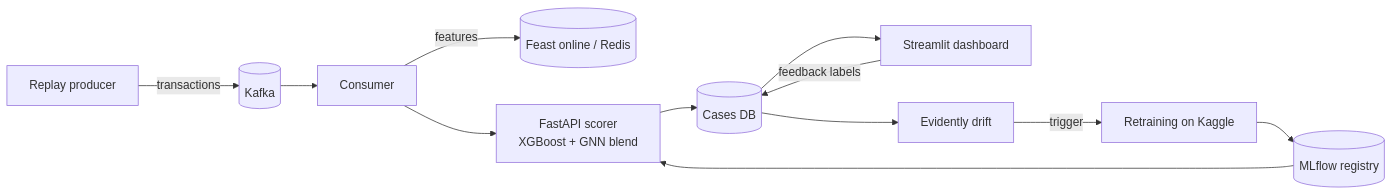
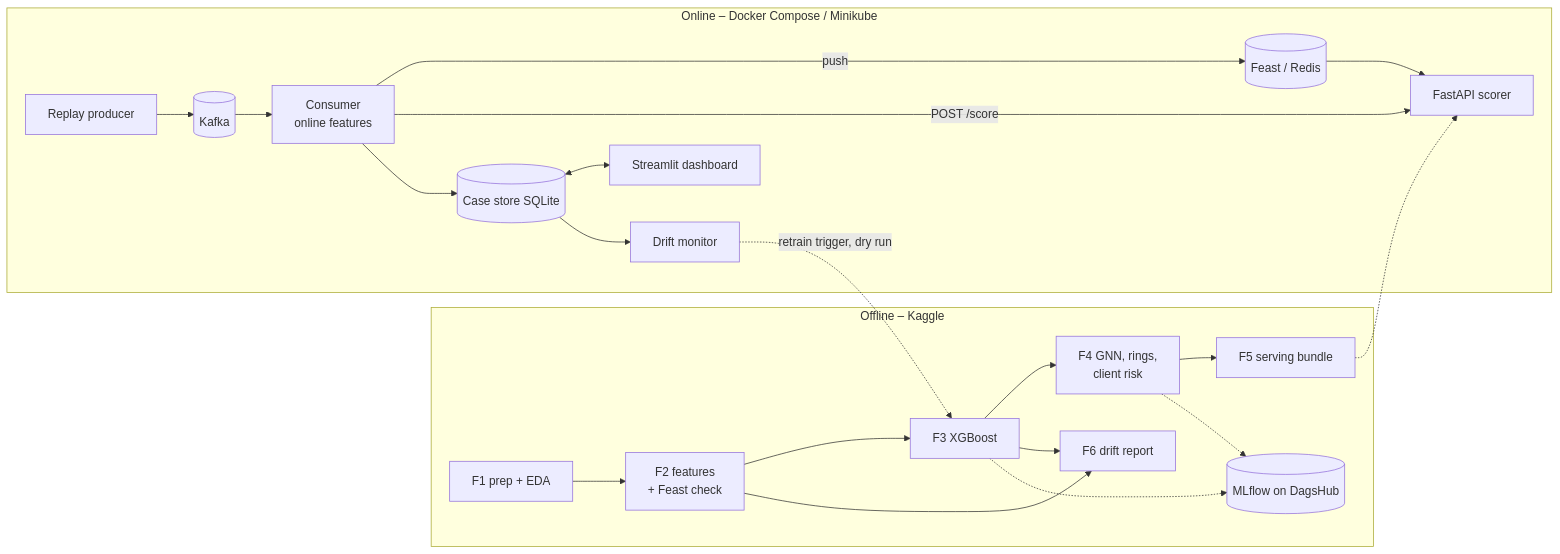
One commit to Outsideorbit29/aiml04-perception changed the diagram in README.md. Above: the diagram before and after it, drawn with Mermaid. The commit also changed other lines of this file, not shown here.

Commit message:
Rewrite README with results, architecture, setup and run steps

````diff
--- a/README.md
+++ b/README.md
@@ -12,12 +65,21 @@
 ```mermaid
 flowchart LR
-  R[Replay producer] -->|transactions| K[(Kafka)]
-  K --> C[Consumer]
-  C -->|features| F[(Feast online / Redis)]
-  C --> S[FastAPI scorer<br/>XGBoost + GNN blend]
-  S --> DB[(Cases DB)]
-  DB --> D[Streamlit dashboard]
-  D -->|feedback labels| DB
-  DB --> E[Evidently drift] -->|trigger| T[Retraining on Kaggle]
-  T --> M[(MLflow registry)] --> S
+  subgraph OFF["Offline – Kaggle"]
+    P[F1 prep + EDA] --> F[F2 features<br/>+ Feast check] --> T[F3 XGBoost] --> G[F4 GNN, rings,<br/>client risk] --> B[F5 serving bundle]
+    F --> DR[F6 drift report]
+    T --> DR
+    T -.-> ML[(MLflow on DagsHub)]
+    G -.-> ML
+  end
+  subgraph ON["Online – Docker Compose / Minikube"]
+    PR[Replay producer] --> K[(Kafka)] --> C[Consumer<br/>online features]
+    C -->|push| R[(Feast / Redis)]
+    C -->|POST /score| S[FastAPI scorer]
+    R --> S
+    C --> DB[(Case store SQLite)]
+    DB <--> D[Streamlit dashboard]
+    DB --> M[Drift monitor]
+  end
+  B -.-> S
+  M -.->|retrain trigger, dry run| T
 ```
````
